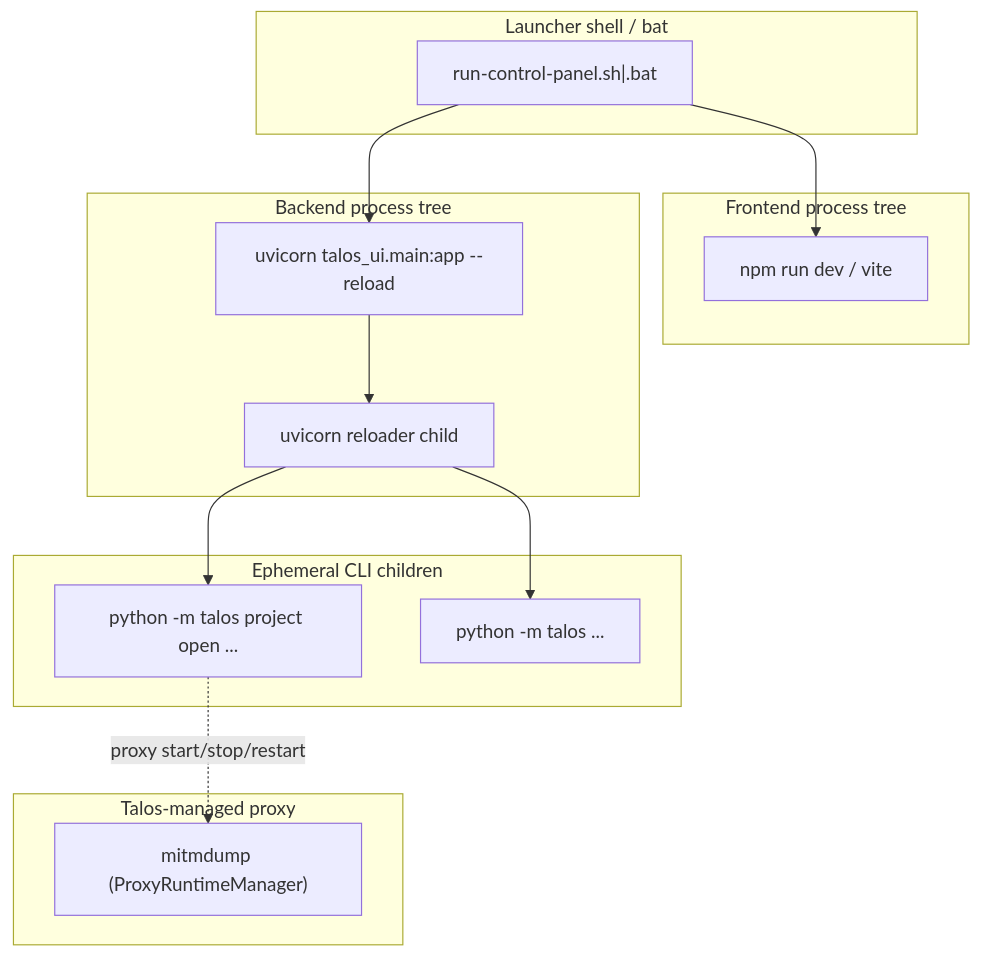
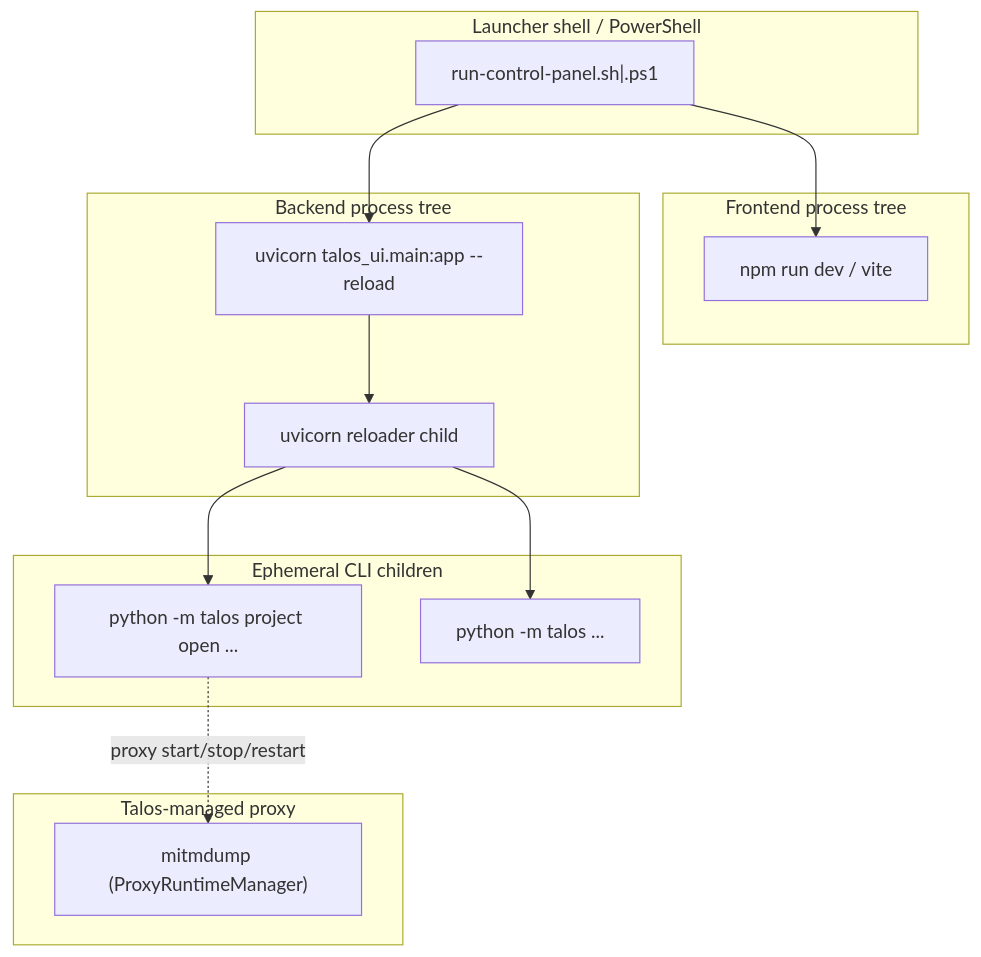
Before and after one commit to himanshugupta2077/talos: the third of 3 diagrams in talos-docs/control-panel/architecture.md, drawn with Mermaid. The commit also changed other lines of this file and 11 other files, not shown here.

````diff
--- a/talos-docs/control-panel/architecture.md
+++ b/talos-docs/control-panel/architecture.md
@@ -157,31 +157,31 @@
 ```mermaid
 flowchart TB
-  subgraph launcher["Launcher shell / bat"]
-    L["run-control-panel.sh|.bat"]
+  subgraph launcher["Launcher shell / PowerShell"]
+    L["run-control-panel.sh|.ps1"]
   end
 
   subgraph frontend_proc["Frontend process tree"]
     NPM["npm run dev / vite"]
   end
 
   subgraph backend_proc["Backend process tree"]
     UV["uvicorn talos_ui.main:app --reload"]
     RE["uvicorn reloader child"]
   end
 
   subgraph cli_children["Ephemeral CLI children"]
     C1["python -m talos project open ..."]
     C2["python -m talos ..."]
   end
 
   subgraph long_running["Talos-managed proxy"]
     MITM["mitmdump (ProxyRuntimeManager)"]
   end
 
   L --> NPM
   L --> UV
   UV --> RE
   RE --> C1
   RE --> C2
   C1 -.->|proxy start/stop/restart| MITM
 ```
````
